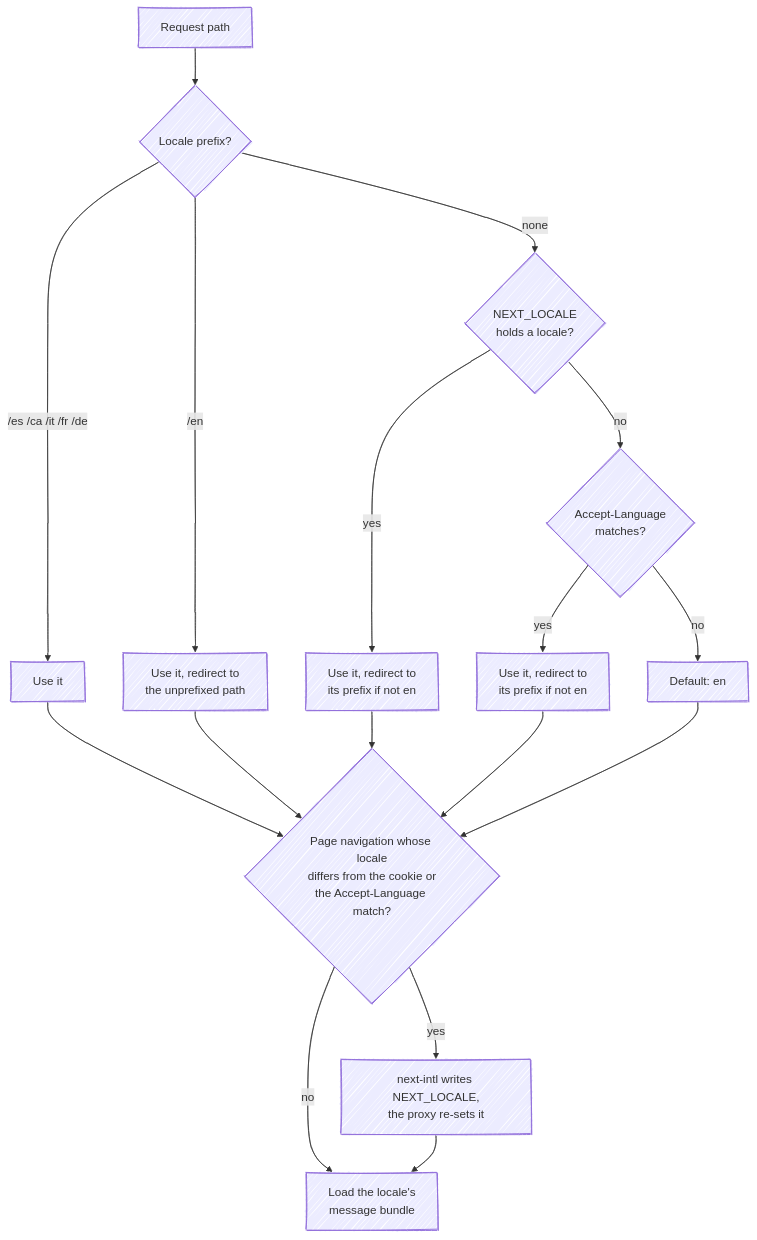
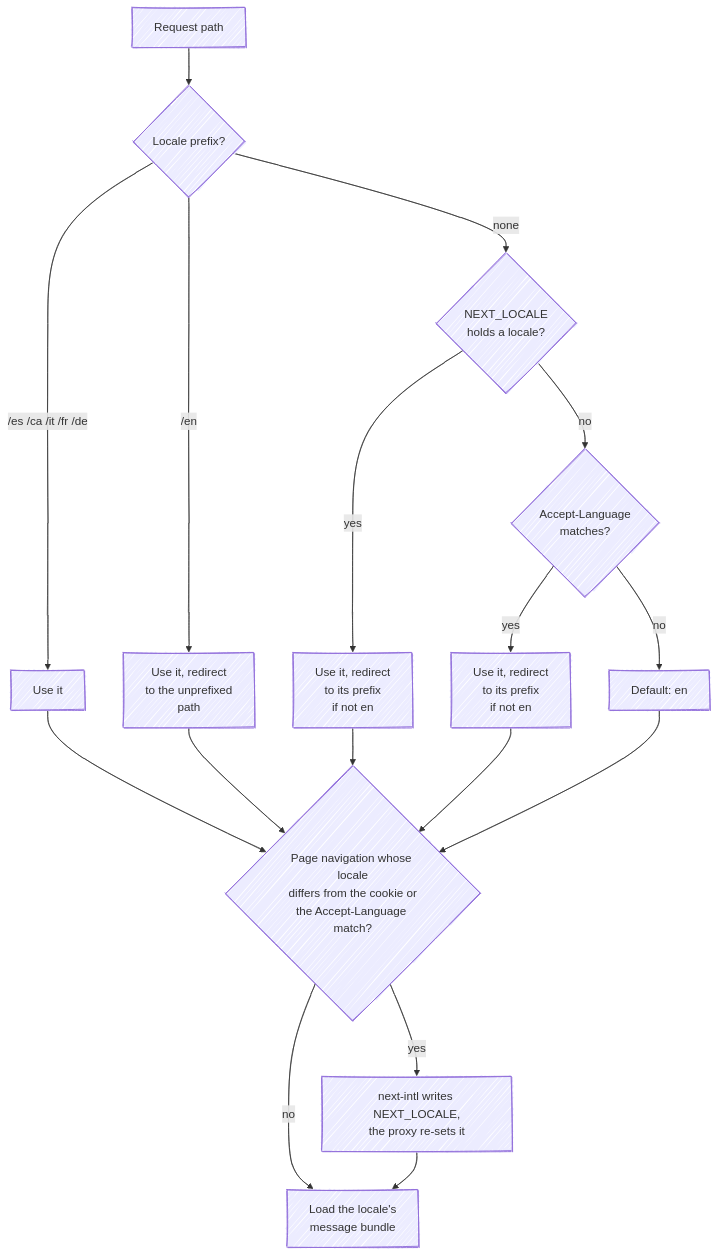
Before and after one commit to fbuireu/forever-pto: the first of 2 diagrams in apps/docs/src/content/docs/how-it-works/i18n.mdx, drawn with Mermaid. The commit also changed other lines of this file and 26 other files, not shown here.

First line of the commit message:
docs(diagrams): fix split words, overlaps and oversized Mermaid diagrams

````diff
--- a/apps/docs/src/content/docs/how-it-works/i18n.mdx
+++ b/apps/docs/src/content/docs/how-it-works/i18n.mdx
@@ -11,20 +11,20 @@
 ```mermaid
 ---
 config:
   look: handDrawn
   layout: dagre
 ---
 flowchart TD
   REQ[Request path] --> PFX{Locale prefix?}
   PFX -- "/es /ca /it /fr /de" --> USE[Use it]
-  PFX -- "/en" --> STRIP["Use it, redirect to<br/>the unprefixed path"]
+  PFX -- "/en" --> STRIP["Use it, redirect<br/>to the unprefixed<br/>path"]
   PFX -- none --> CK{"NEXT_LOCALE<br/>holds a locale?"}
-  CK -- yes --> USE2["Use it, redirect to<br/>its prefix if not en"]
+  CK -- yes --> USE2["Use it, redirect<br/>to its prefix<br/>if not en"]
   CK -- no --> AL{"Accept-Language<br/>matches?"}
-  AL -- yes --> USE3["Use it, redirect to<br/>its prefix if not en"]
+  AL -- yes --> USE3["Use it, redirect<br/>to its prefix<br/>if not en"]
   AL -- no --> DEF["Default: en"]
   USE & STRIP & USE2 & USE3 & DEF --> CHG{"Page navigation whose locale<br/>differs from the cookie or<br/>the Accept-Language match?"}
   CHG -- yes --> SET["next-intl writes NEXT_LOCALE,<br/>the proxy re-sets it"]
   CHG -- no --> MSG
   SET --> MSG["Load the locale's<br/>message bundle"]
 ```
````
